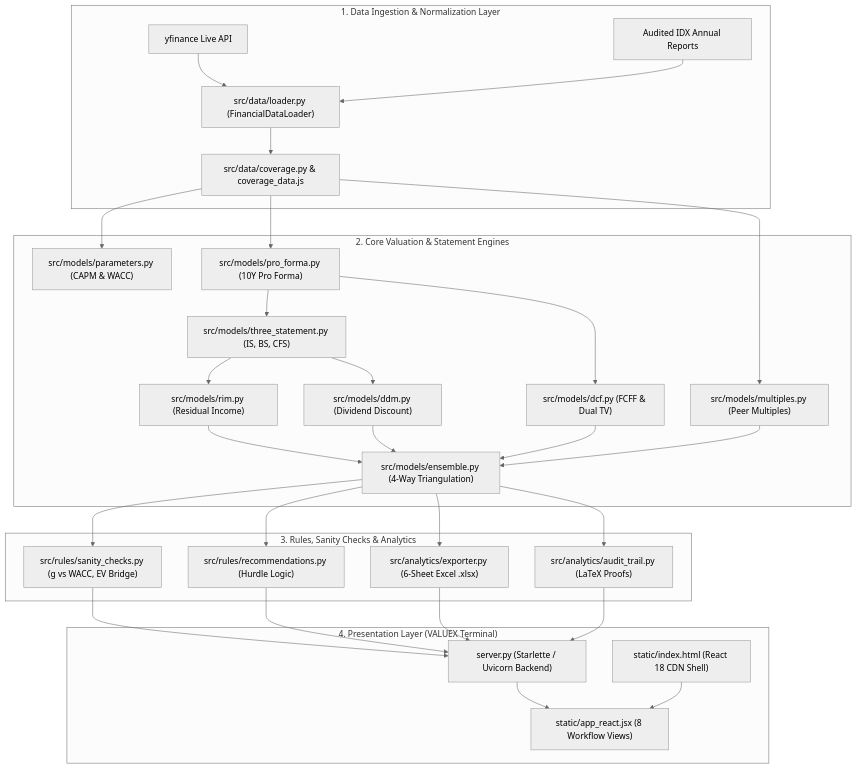
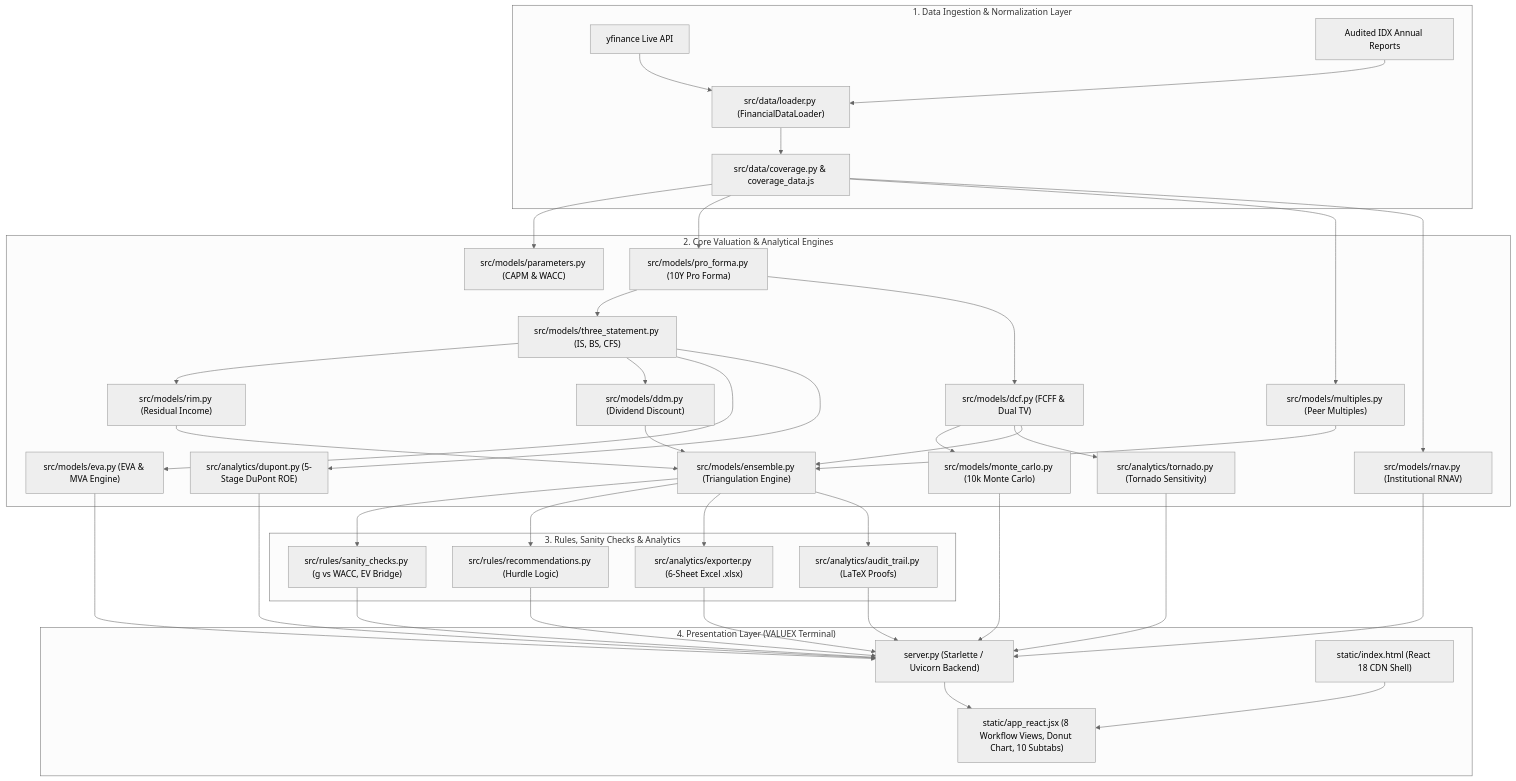
One commit to celeebi/DBV_Midterm changed the diagram in PLAN.md. Above: the diagram before and after it, drawn with Mermaid (neutral theme). The commit also changed other lines of this file and 2 other files, not shown here.

Commit message:
docs: consolidate system architecture, user guide, and plan for develop_further with Option A and weight donut chart

````diff
--- a/PLAN.md
+++ b/PLAN.md
@@ -40,60 +55,75 @@
 ```mermaid
 flowchart TD
     subgraph DataIngestion["1. Data Ingestion & Normalization Layer"]
         YF["yfinance Live API"]
         Audited["Audited IDX Annual Reports"]
         Loader["src/data/loader.py (FinancialDataLoader)"]
         Coverage["src/data/coverage.py & coverage_data.js"]
         YF --> Loader
         Audited --> Loader
         Loader --> Coverage
     end
 
-    subgraph ModelingEngine["2. Core Valuation & Statement Engines"]
+    subgraph ModelingEngine["2. Core Valuation & Analytical Engines"]
         WACC["src/models/parameters.py (CAPM & WACC)"]
         ProForma["src/models/pro_forma.py (10Y Pro Forma)"]
         ThreeStmt["src/models/three_statement.py (IS, BS, CFS)"]
         DCF["src/models/dcf.py (FCFF & Dual TV)"]
         Comps["src/models/multiples.py (Peer Multiples)"]
         RIM["src/models/rim.py (Residual Income)"]
         DDM["src/models/ddm.py (Dividend Discount)"]
-        Ensemble["src/models/ensemble.py (4-Way Triangulation)"]
+        RNAV["src/models/rnav.py (Institutional RNAV)"]
+        MC["src/models/monte_carlo.py (10k Monte Carlo)"]
+        EVA["src/models/eva.py (EVA & MVA Engine)"]
+        Tornado["src/analytics/tornado.py (Tornado Sensitivity)"]
+        DuPont["src/analytics/dupont.py (5-Stage DuPont ROE)"]
+        Ensemble["src/models/ensemble.py (Triangulation Engine)"]
 
         Coverage --> WACC
         Coverage --> ProForma
         ProForma --> ThreeStmt
         ProForma --> DCF
         Coverage --> Comps
         ThreeStmt --> RIM
         ThreeStmt --> DDM
+        Coverage --> RNAV
+        DCF --> MC
+        ThreeStmt --> EVA
+        DCF --> Tornado
+        ThreeStmt --> DuPont
         DCF --> Ensemble
         Comps --> Ensemble
         RIM --> Ensemble
         DDM --> Ensemble
     end
 
     subgraph RulesEngine["3. Rules, Sanity Checks & Analytics"]
         Sanity["src/rules/sanity_checks.py (g vs WACC, EV Bridge)"]
         Recs["src/rules/recommendations.py (Hurdle Logic)"]
         Exporter["src/analytics/exporter.py (6-Sheet Excel .xlsx)"]
         Audit["src/analytics/audit_trail.py (LaTeX Proofs)"]
 
         Ensemble --> Sanity
         Ensemble --> Recs
         Ensemble --> Exporter
         Ensemble --> Audit
     end
 
     subgraph Presentation["4. Presentation Layer (VALUEX Terminal)"]
         Server["server.py (Starlette / Uvicorn Backend)"]
-        ReactUI["static/app_react.jsx (8 Workflow Views)"]
+        ReactUI["static/app_react.jsx (8 Workflow Views, Donut Chart, 10 Subtabs)"]
         HTML["static/index.html (React 18 CDN Shell)"]
 
         Sanity --> Server
         Recs --> Server
         Exporter --> Server
         Audit --> Server
+        RNAV --> Server
+        MC --> Server
+        EVA --> Server
+        Tornado --> Server
+        DuPont --> Server
         Server --> ReactUI
         HTML --> ReactUI
     end
 ```
````
